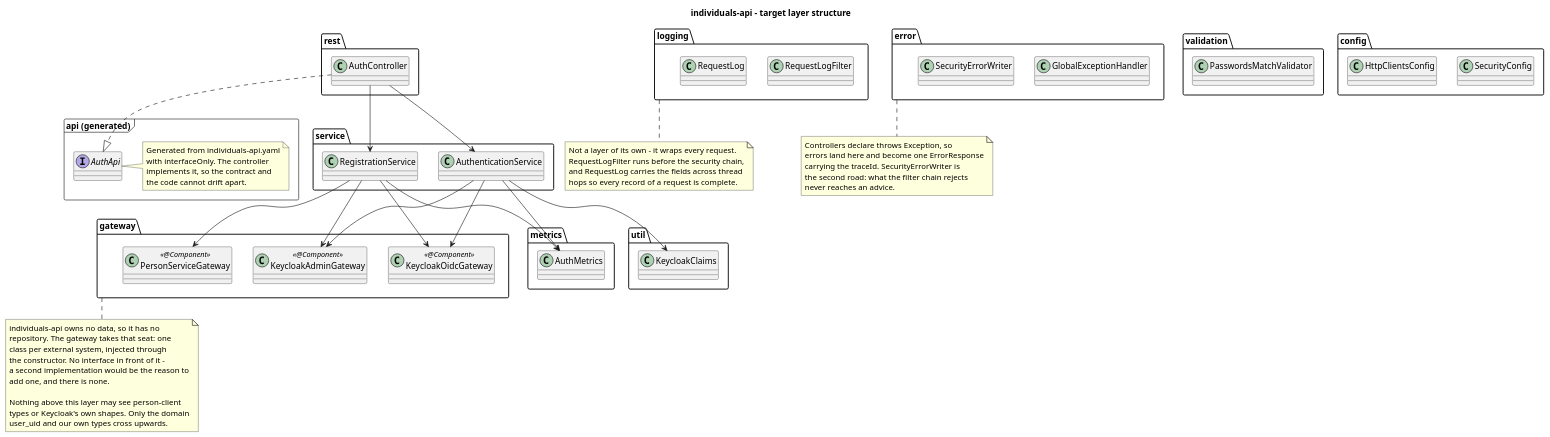
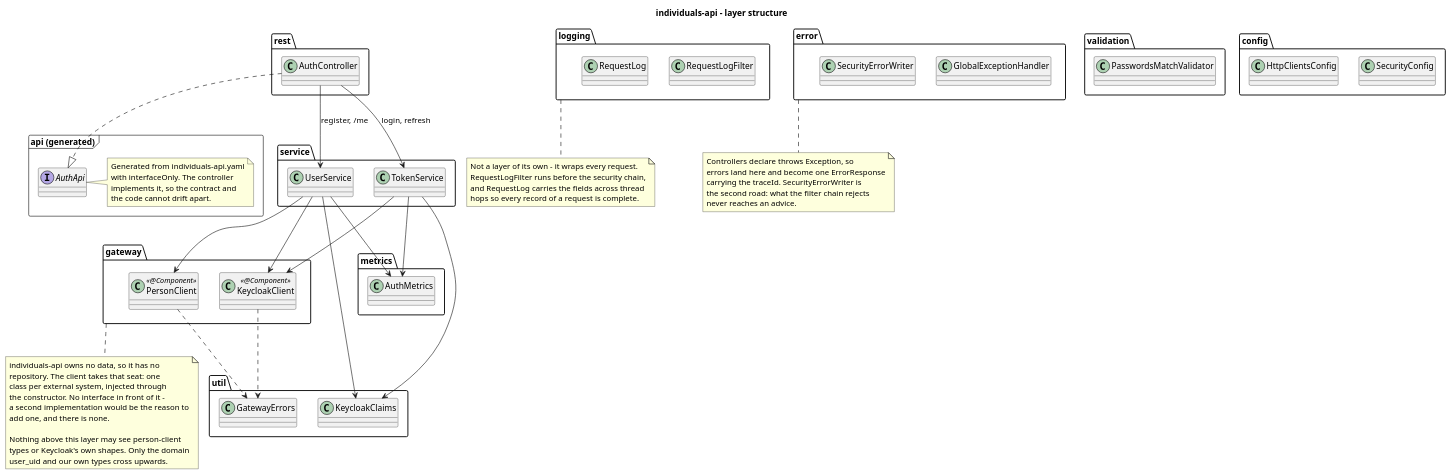
Before and after one commit to dezxxx/payment-platform: the diagram in docs/puml-diagrams/layers.puml, drawn with PlantUML. The commit also changed 91 other files, not shown here.

First line of the commit message:
refactor: follow the teacher's component diagram and build inside Docker

```diff
--- a/docs/puml-diagrams/layers.puml
+++ b/docs/puml-diagrams/layers.puml
@@ -1,101 +1,103 @@
 @startuml layers
-title individuals-api - target layer structure
+title individuals-api - layer structure
 
 skinparam shadowing false
 skinparam classAttributeIconSize 0
 
 package "api (generated)" <<Frame>> {
   interface AuthApi
   note right of AuthApi
     Generated from individuals-api.yaml
     with interfaceOnly. The controller
     implements it, so the contract and
     the code cannot drift apart.
   end note
 }
 
 package rest {
   class AuthController
 }
 
 package service {
-  class RegistrationService
-  class AuthenticationService
+  class UserService
+  class TokenService
 }
 
 package gateway {
-  class PersonServiceGateway <<@Component>>
-  class KeycloakAdminGateway <<@Component>>
-  class KeycloakOidcGateway <<@Component>>
+  class PersonClient <<@Component>>
+  class KeycloakClient <<@Component>>
 }
 
 package validation {
   class PasswordsMatchValidator
 }
 
 package error {
   class GlobalExceptionHandler
   class SecurityErrorWriter
 }
 
 package logging {
   class RequestLogFilter
   class RequestLog
 }
 
 package config {
   class SecurityConfig
   class HttpClientsConfig
 }
 
 package util {
   class KeycloakClaims
+  class GatewayErrors
 }
 
 package metrics {
   class AuthMetrics
 }
 
 AuthController ..|> AuthApi
-AuthController --> RegistrationService
-AuthController --> AuthenticationService
+AuthController --> UserService : register, /me
+AuthController --> TokenService : login, refresh
 
-RegistrationService --> PersonServiceGateway
-RegistrationService --> KeycloakAdminGateway
-RegistrationService --> KeycloakOidcGateway
-AuthenticationService --> KeycloakOidcGateway
+UserService --> PersonClient
+UserService --> KeycloakClient
+TokenService --> KeycloakClient
 
-RegistrationService --> AuthMetrics
-AuthenticationService --> AuthMetrics
-AuthenticationService --> KeycloakAdminGateway
-AuthenticationService --> KeycloakClaims
+UserService --> AuthMetrics
+TokenService --> AuthMetrics
+UserService --> KeycloakClaims
+TokenService --> KeycloakClaims
+
+PersonClient ..> GatewayErrors
+KeycloakClient ..> GatewayErrors
 
 note bottom of gateway
   individuals-api owns no data, so it has no
-  repository. The gateway takes that seat: one
+  repository. The client takes that seat: one
   class per external system, injected through
   the constructor. No interface in front of it -
   a second implementation would be the reason to
   add one, and there is none.
 
   Nothing above this layer may see person-client
   types or Keycloak's own shapes. Only the domain
   user_uid and our own types cross upwards.
 end note
 
 note bottom of logging
   Not a layer of its own - it wraps every request.
   RequestLogFilter runs before the security chain,
   and RequestLog carries the fields across thread
   hops so every record of a request is complete.
 end note
 
 note bottom of error
   Controllers declare throws Exception, so
   errors land here and become one ErrorResponse
   carrying the traceId. SecurityErrorWriter is
   the second road: what the filter chain rejects
   never reaches an advice.
 end note
 
 @enduml
```
